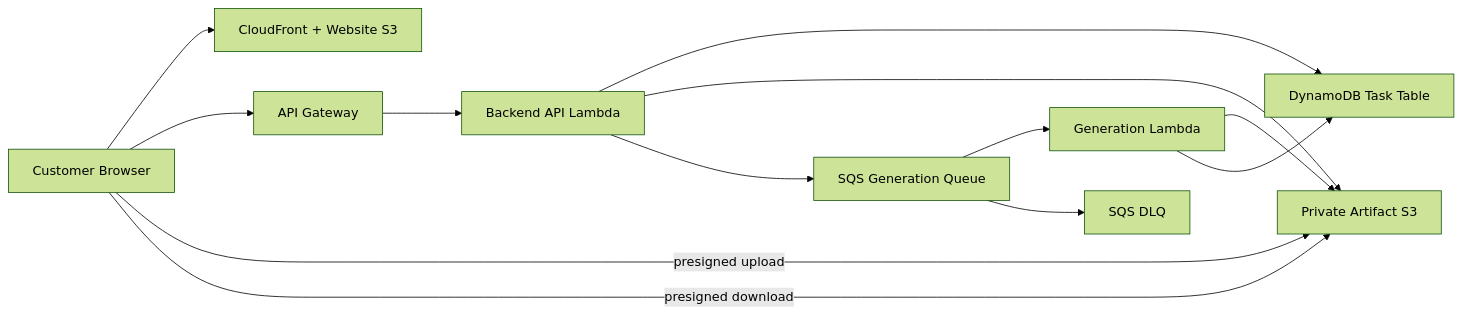
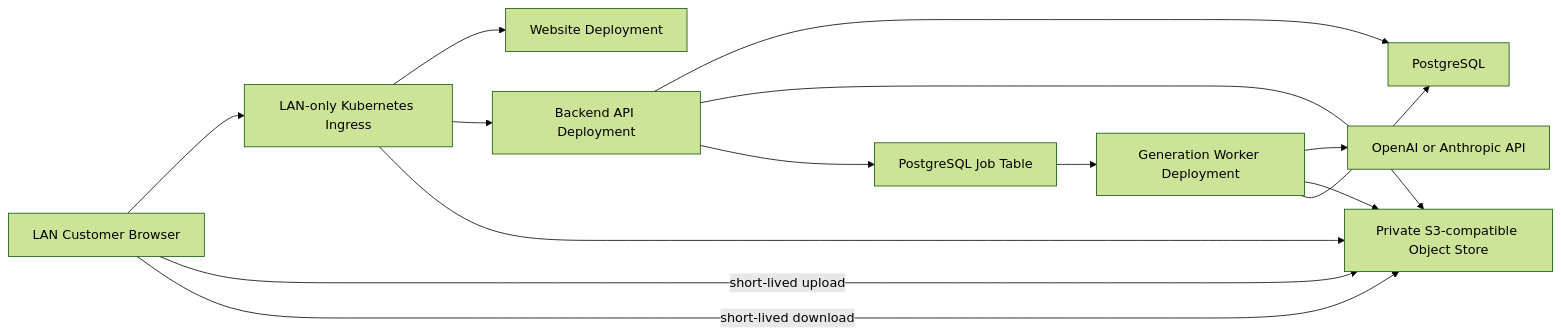
The diagram in docs/ai-artist/hld/milestone-1-high-level-design.md (tongking6/ai-artist), drawn with Mermaid (forest theme) before and after one commit. The commit also changed other lines of this file and 9 other files, not shown here.

````diff
--- a/docs/ai-artist/hld/milestone-1-high-level-design.md
+++ b/docs/ai-artist/hld/milestone-1-high-level-design.md
@@ -86,15 +91,16 @@
 ```mermaid
 flowchart LR
-  U[Customer Browser] --> CF[CloudFront + Website S3]
-  U --> API[API Gateway]
-  API --> BL[Backend API Lambda]
-  BL --> DB[DynamoDB Task Table]
-  BL --> S3[Private Artifact S3]
-  U -->|presigned upload| S3
-  BL --> Q[SQS Generation Queue]
-  Q --> GW[Generation Lambda]
-  GW --> S3
+  U[LAN Customer Browser] --> I[LAN-only Kubernetes Ingress]
+  I --> W[Website Deployment]
+  I --> API[Backend API Deployment]
+  I --> O[Private S3-compatible Object Store]
+  API --> DB[PostgreSQL]
+  API --> O
+  U -->|short-lived upload| O
+  API --> Q[PostgreSQL Job Table]
+  Q --> GW[Generation Worker Deployment]
+  GW --> P[OpenAI or Anthropic API]
+  GW --> O
   GW --> DB
-  Q --> DLQ[SQS DLQ]
-  U -->|presigned download| S3
+  U -->|short-lived download| O
 ```
````
